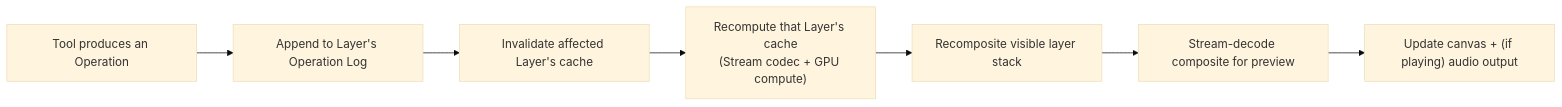
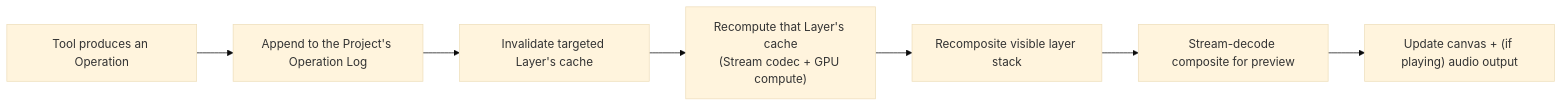
Before and after one commit to TheWalruss/sound-mind-2: the third of 3 diagrams in docs/sound-mind-architecture.md, drawn with Mermaid (base theme). The commit also changed other lines of this file and 1 other file, not shown here.

````diff
--- a/docs/sound-mind-architecture.md
+++ b/docs/sound-mind-architecture.md
@@ -170,9 +183,9 @@
 ```mermaid
 flowchart LR
-    A["Tool produces an Operation"] --> B["Append to Layer's Operation Log"]
-    B --> C["Invalidate affected Layer's cache"]
+    A["Tool produces an Operation"] --> B["Append to the Project's Operation Log"]
+    B --> C["Invalidate targeted Layer's cache"]
     C --> D["Recompute that Layer's cache<br/>(Stream codec + GPU compute)"]
     D --> E["Recomposite visible layer stack"]
     E --> F["Stream-decode composite for preview"]
     F --> G["Update canvas + (if playing) audio output"]
 ```
````
